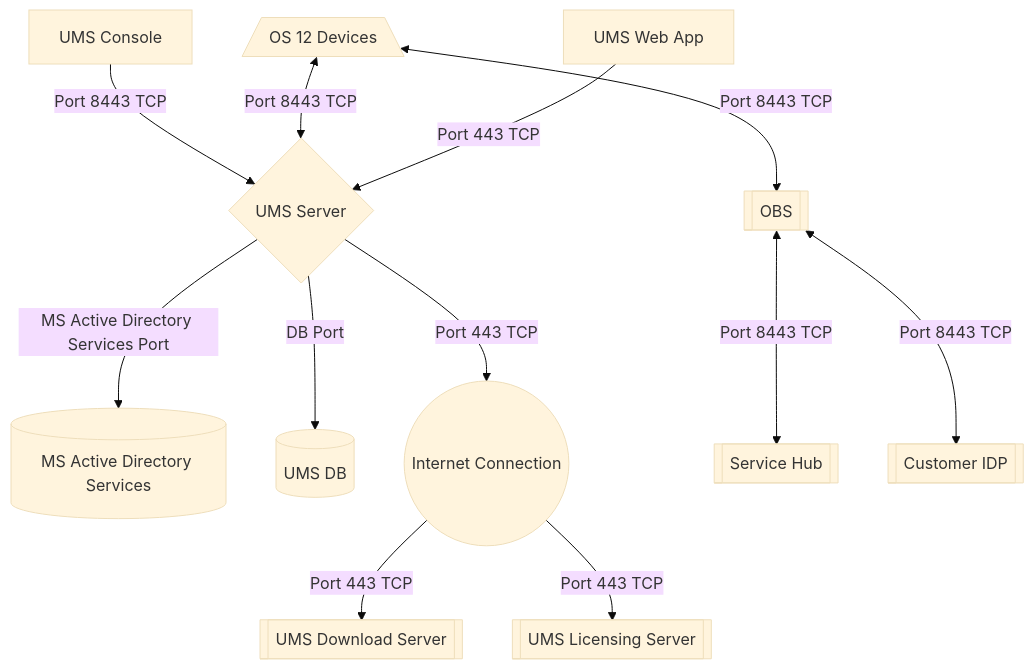
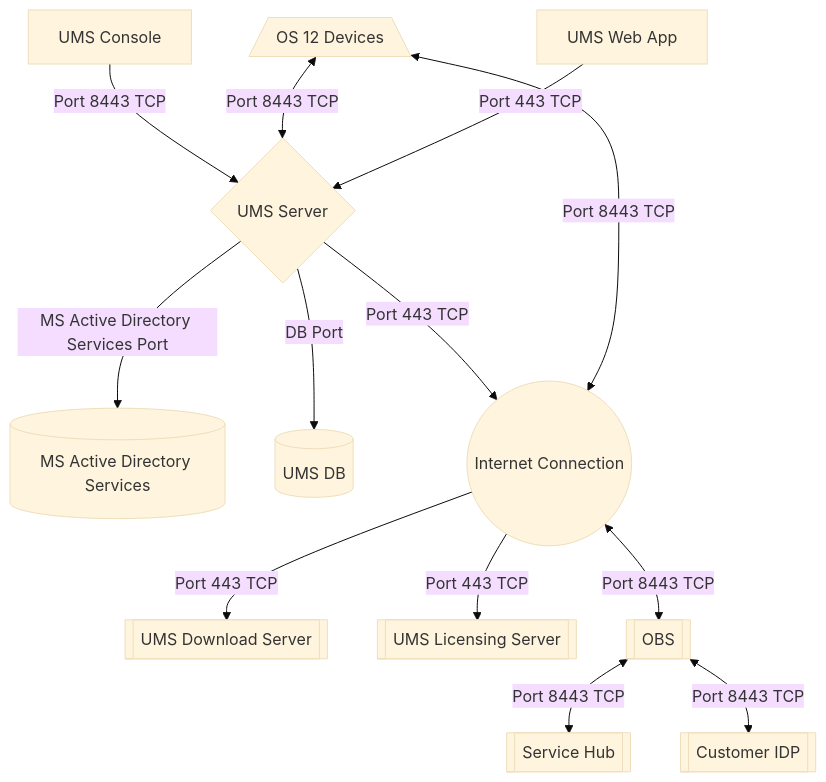
The fourth of 5 diagrams in docs/Docs/HOWTO-Basic-Setup-Guide.md (IGEL-Community/IGEL-Docs-v02), drawn with Mermaid (base theme) before and after one commit. The commit also changed other lines of this file, not shown here.

````diff
--- a/docs/Docs/HOWTO-Basic-Setup-Guide.md
+++ b/docs/Docs/HOWTO-Basic-Setup-Guide.md
@@ -181,14 +197,15 @@
 ```mermaid
 flowchart TD
   A[UMS Console]-- Port 8443 TCP --> C{UMS Server}
   C{UMS Server}-- MS Active Directory Services Port --> D[(MS Active Directory Services)]
   C{UMS Server}-- DB Port--> E[(UMS DB)]
   C{UMS Server}-- Port 443 TCP --> H((Internet Connection))
   H((Internet Connection))-- Port 443 TCP --> I[[UMS Download Server]]
   H((Internet Connection))-- Port 443 TCP --> J[[UMS Licensing Server]]
   K[/OS 12 Devices\]<-- Port 8443 TCP --> C{UMS Server}
   L[UMS Web App]-- Port 443 TCP --> C{UMS Server}
-  K[/OS 12 Devices\]<-- Port 8443 TCP --> M[[OBS]]
+  K[/OS 12 Devices\]<-- Port 8443 TCP --> H((Internet Connection))
+  H((Internet Connection))<-- Port 8443 TCP --> M[[OBS]]
   M[[OBS]]<-- Port 8443 TCP -->N[[Service Hub]]
   M[[OBS]]<-- Port 8443 TCP -->O[[Customer IDP]]
 ```
````
